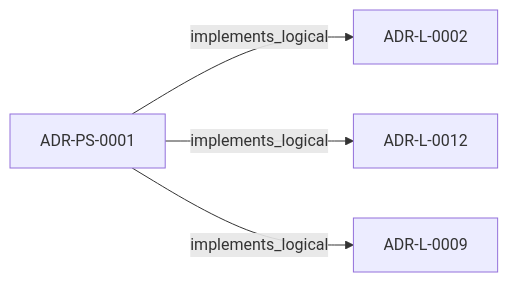
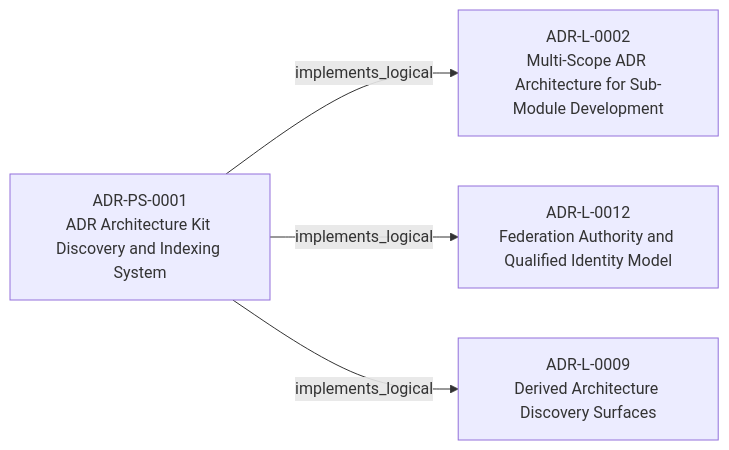
Before and after one commit to egallmann/adr-architecture-kit: the second of 3 diagrams in adrs/adr-projection/physical-system/ADR-PS-0001-adr-architecture-kit-discovery-and-indexing-system.md, drawn with Mermaid. The commit also changed other lines of this file and 35 other files, not shown here.

````diff
--- a/adrs/adr-projection/physical-system/ADR-PS-0001-adr-architecture-kit-discovery-and-indexing-system.md
+++ b/adrs/adr-projection/physical-system/ADR-PS-0001-adr-architecture-kit-discovery-and-indexing-system.md
@@ -42,10 +42,10 @@
 ```mermaid
 flowchart LR
-  n_019fee89_e615_7f19_810b_c7b33a9d9e0d["ADR-L-0002"]
-  n_019fee89_e616_744f_b63e_5ecddf344faa["ADR-L-0012"]
-  n_019fee89_e616_770c_a025_2c241a720730["ADR-L-0009"]
-  n_019fee89_e618_7b3e_813b_a449881b6adb["ADR-PS-0001"]
+  n_019fee89_e615_7f19_810b_c7b33a9d9e0d["ADR-L-0002<br/>Multi-Scope ADR Architecture for Sub-Module Development"]
+  n_019fee89_e616_744f_b63e_5ecddf344faa["ADR-L-0012<br/>Federation Authority and Qualified Identity Model"]
+  n_019fee89_e616_770c_a025_2c241a720730["ADR-L-0009<br/>Derived Architecture Discovery Surfaces"]
+  n_019fee89_e618_7b3e_813b_a449881b6adb["ADR-PS-0001<br/>ADR Architecture Kit Discovery and Indexing System"]
   n_019fee89_e618_7b3e_813b_a449881b6adb -->|"implements_logical"| n_019fee89_e615_7f19_810b_c7b33a9d9e0d
   n_019fee89_e618_7b3e_813b_a449881b6adb -->|"implements_logical"| n_019fee89_e616_744f_b63e_5ecddf344faa
   n_019fee89_e618_7b3e_813b_a449881b6adb -->|"implements_logical"| n_019fee89_e616_770c_a025_2c241a720730
 ```
````
